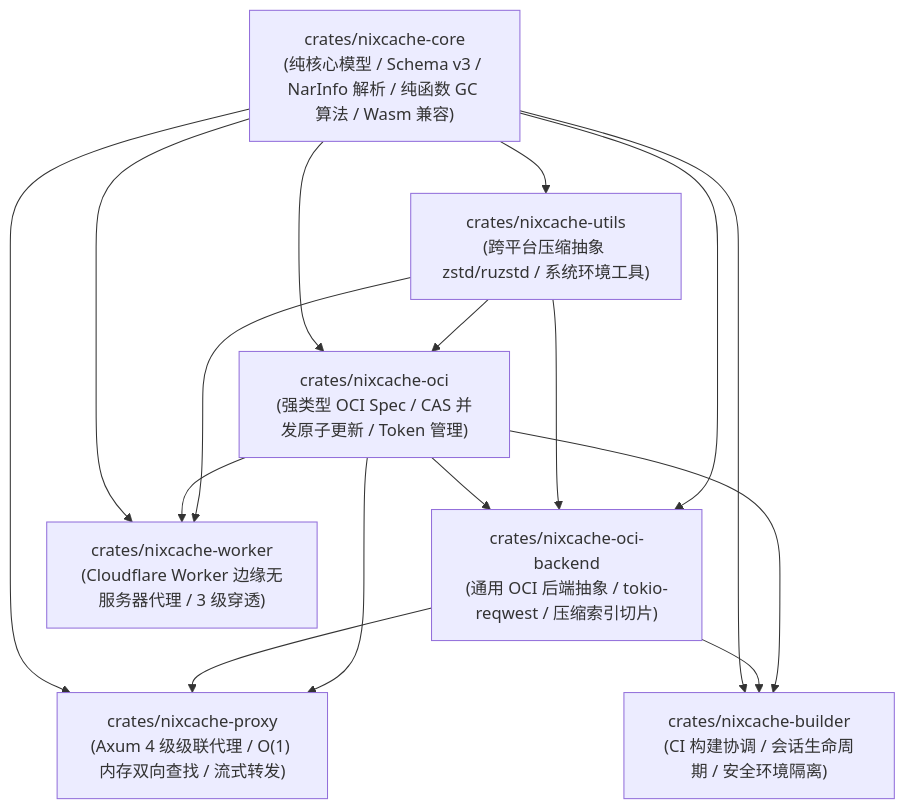
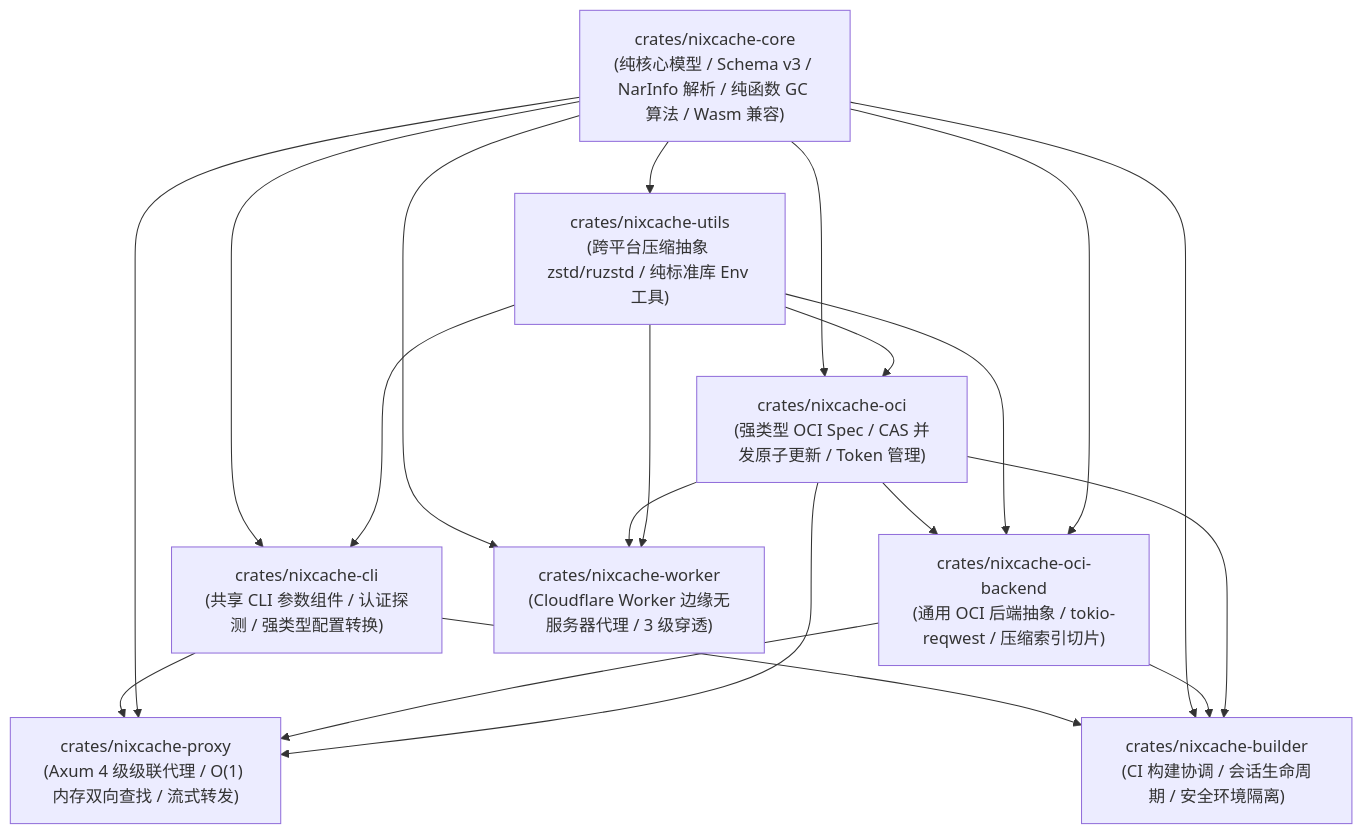
Before and after one commit to shaogme/nixcache-oci: the first of 3 diagrams in README.md, drawn with Mermaid. The commit also changed other lines of this file and 6 other files, not shown here.

First line of the commit message:
perf(runtime): use mimalloc for builder and proxy binaries

````diff
--- a/README.md
+++ b/README.md
@@ -713,26 +714,31 @@
 ```mermaid
 flowchart TD
     Core["crates/nixcache-core<br>(纯核心模型 / Schema v3 / NarInfo 解析 / 纯函数 GC 算法 / Wasm 兼容)"]
-    Utils["crates/nixcache-utils<br>(跨平台压缩抽象 zstd/ruzstd / 系统环境工具)"]
+    Utils["crates/nixcache-utils<br>(跨平台压缩抽象 zstd/ruzstd / 纯标准库 Env 工具)"]
+    CLI["crates/nixcache-cli<br>(共享 CLI 参数组件 / 认证探测 / 强类型配置转换)"]
     OCI["crates/nixcache-oci<br>(强类型 OCI Spec / CAS 并发原子更新 / Token 管理)"]
     Backend["crates/nixcache-oci-backend<br>(通用 OCI 后端抽象 / tokio-reqwest / 压缩索引切片)"]
     Proxy["crates/nixcache-proxy<br>(Axum 4 级级联代理 / O(1) 内存双向查找 / 流式转发)"]
     Builder["crates/nixcache-builder<br>(CI 构建协调 / 会话生命周期 / 安全环境隔离)"]
     Worker["crates/nixcache-worker<br>(Cloudflare Worker 边缘无服务器代理 / 3 级穿透)"]
 
     Core --> Utils
     Core --> OCI
     Utils --> OCI
     OCI --> Backend
     Utils --> Backend
     Core --> Backend
+    Core --> CLI
+    Utils --> CLI
+    CLI --> Proxy
     Core --> Proxy
     Backend --> Proxy
     OCI --> Proxy
+    CLI --> Builder
     Core --> Builder
     Backend --> Builder
     OCI --> Builder
     Core --> Worker
     OCI --> Worker
     Utils --> Worker
 ```
````
